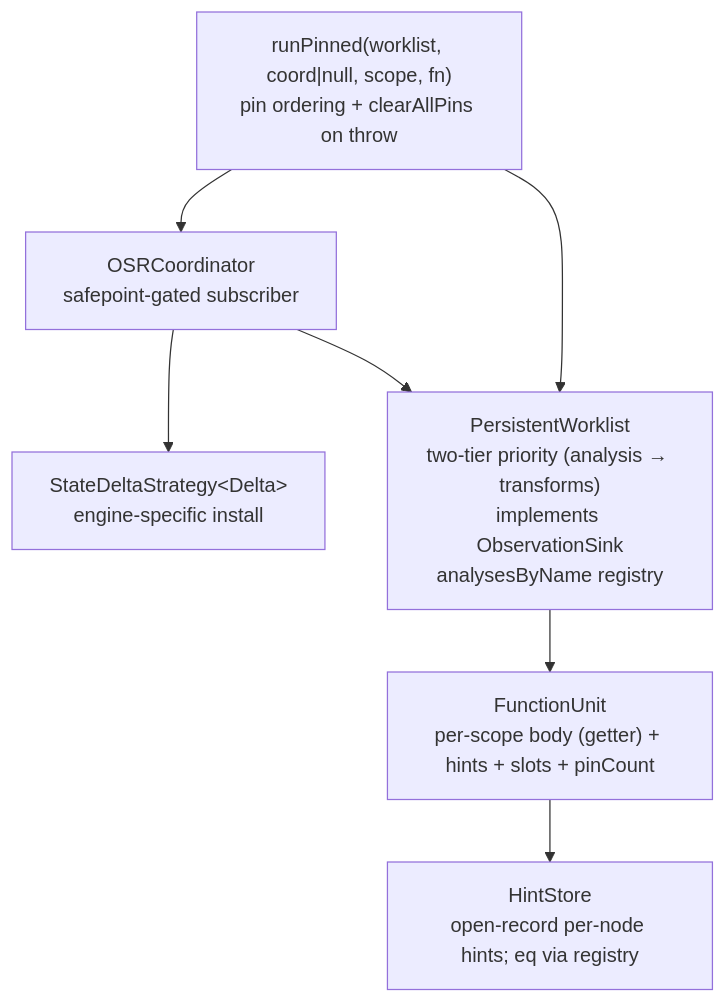
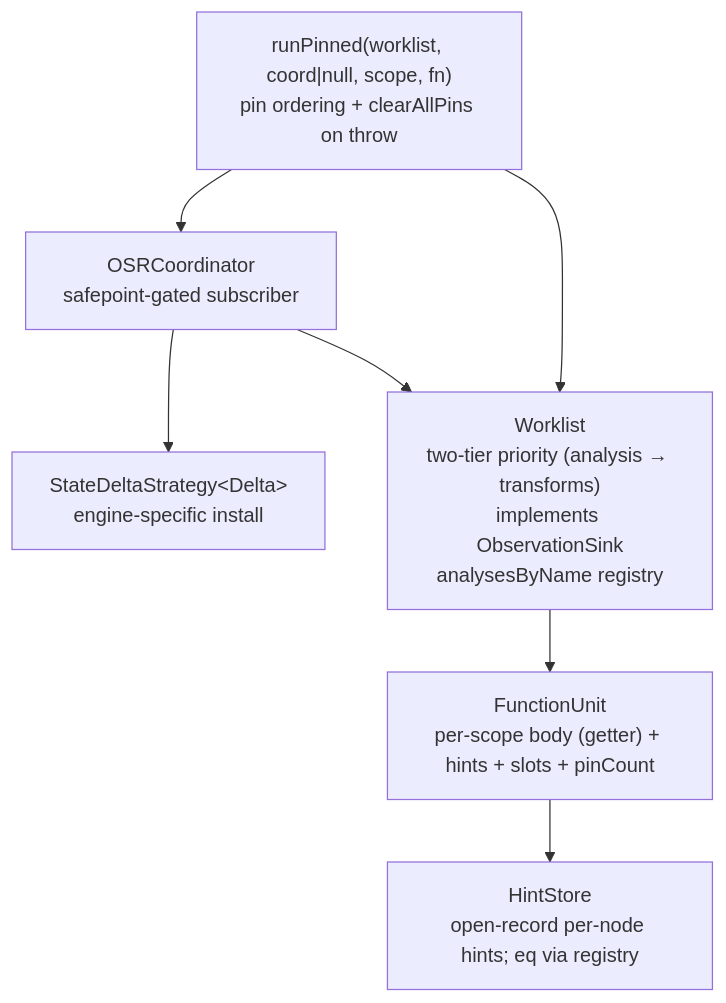
Before and after one commit to loyaltypollution/py-slang: the diagram in docs/optimization-roadmap.md, drawn with Mermaid. The commit also changed other lines of this file and 55 other files, not shown here.

````diff
--- a/docs/optimization-roadmap.md
+++ b/docs/optimization-roadmap.md
@@ -246,16 +284,16 @@
 ```mermaid
 flowchart TB
     RP["runPinned(worklist, coord|null, scope, fn)<br/>pin ordering + clearAllPins on throw"]
     OSR["OSRCoordinator<br/>safepoint-gated subscriber"]
     SDS["StateDeltaStrategy&lt;Delta&gt;<br/>engine-specific install"]
-    WL["PersistentWorklist<br/>two-tier priority (analysis → transforms)<br/>implements ObservationSink<br/>analysesByName registry"]
+    WL["Worklist<br/>two-tier priority (analysis → transforms)<br/>implements ObservationSink<br/>analysesByName registry"]
     FU["FunctionUnit<br/>per-scope body (getter) + hints + slots + pinCount"]
     HS["HintStore<br/>open-record per-node hints; eq via registry"]
 
     RP --> WL
     RP --> OSR
     OSR --> SDS
     OSR --> WL
     WL --> FU
     FU --> HS
 ```
````
